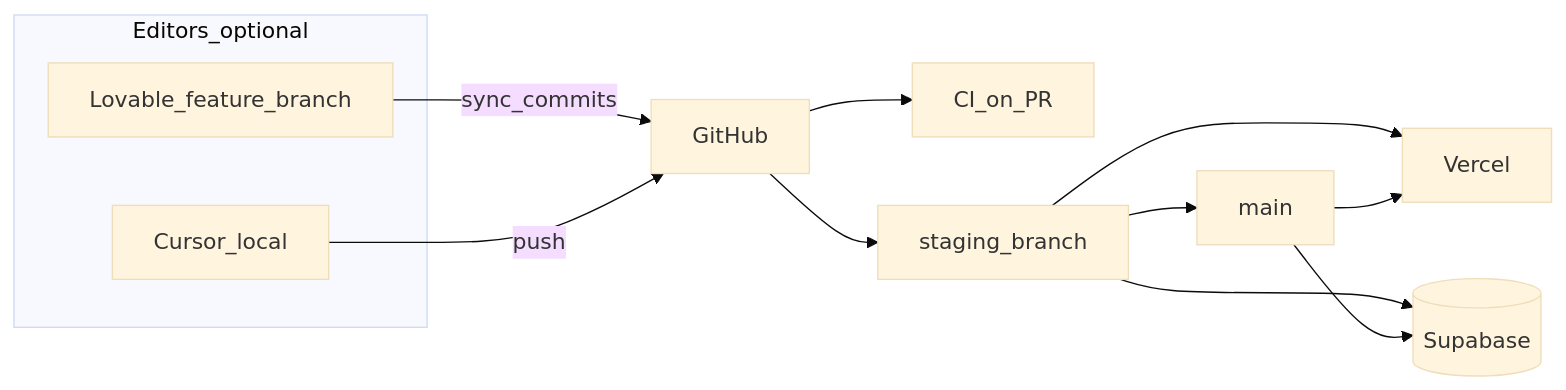
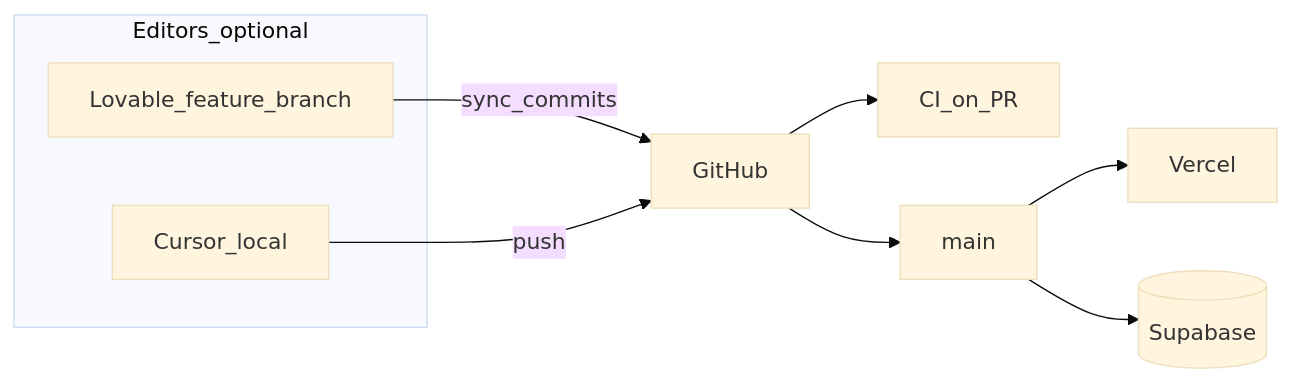
Before and after one commit to Angelguirao/holzen: the first of 2 diagrams in docs/ops/lovable-staging-and-platform-exit.md, drawn with Mermaid (base theme). The commit also changed other lines of this file and 34 other files, not shown here.

````diff
--- a/docs/ops/lovable-staging-and-platform-exit.md
+++ b/docs/ops/lovable-staging-and-platform-exit.md
@@ -46,22 +45,18 @@
 ```mermaid
 flowchart LR
   subgraph editors [Editors_optional]
     LV[Lovable_feature_branch]
     CUR[Cursor_local]
   end
   GH[GitHub]
   CI[CI_on_PR]
-  STG[staging_branch]
   MAIN[main]
   VS[Vercel]
   SB[(Supabase)]
   LV -->|sync_commits| GH
   CUR -->|push| GH
   GH --> CI
-  GH --> STG
-  STG --> MAIN
-  STG --> VS
+  GH --> MAIN
   MAIN --> VS
-  STG --> SB
   MAIN --> SB
 ```
````
